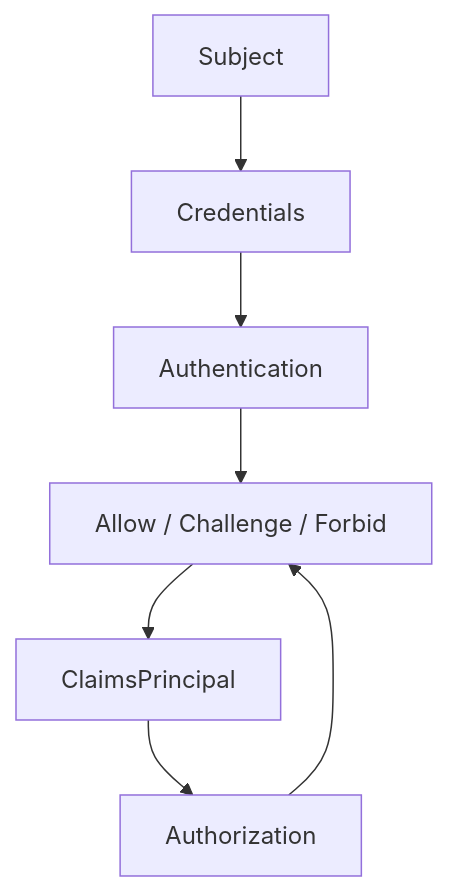
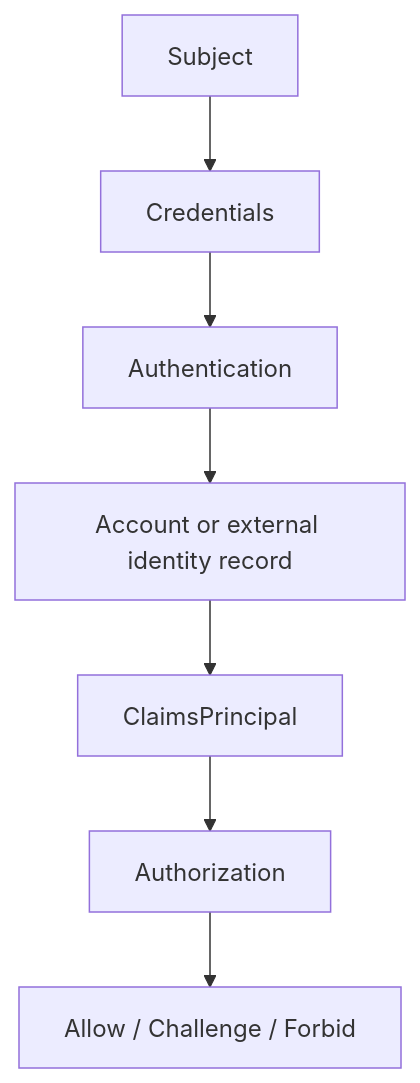
The diagram in 03_ASPNET_Core_Authentication_Authorization/01_Identity_Authentication_Authorization.md (EugenTovarchi/Backend-Engineer-Handbook), drawn with Mermaid before and after one commit.

Commit message:
docs: fix authentication flow diagram

````diff
--- a/03_ASPNET_Core_Authentication_Authorization/01_Identity_Authentication_Authorization.md
+++ b/03_ASPNET_Core_Authentication_Authorization/01_Identity_Authentication_Authorization.md
@@ -144,9 +144,9 @@
 ```mermaid
 flowchart TD
     S[Subject] --> C[Credentials]
     C --> A[Authentication]
-    A --> R[Account or external identity record]
-    R --> P[ClaimsPrincipal]
+    A --> AR[Account or external identity record]
+    AR --> P[ClaimsPrincipal]
     P --> Z[Authorization]
-    Z --> R[Allow / Challenge / Forbid]
+    Z --> O[Allow / Challenge / Forbid]
 ```
````
